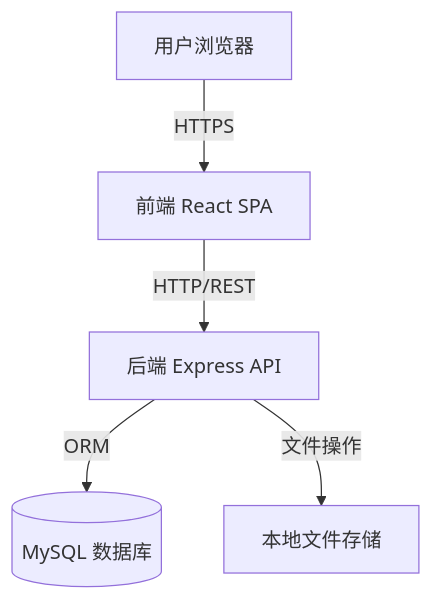
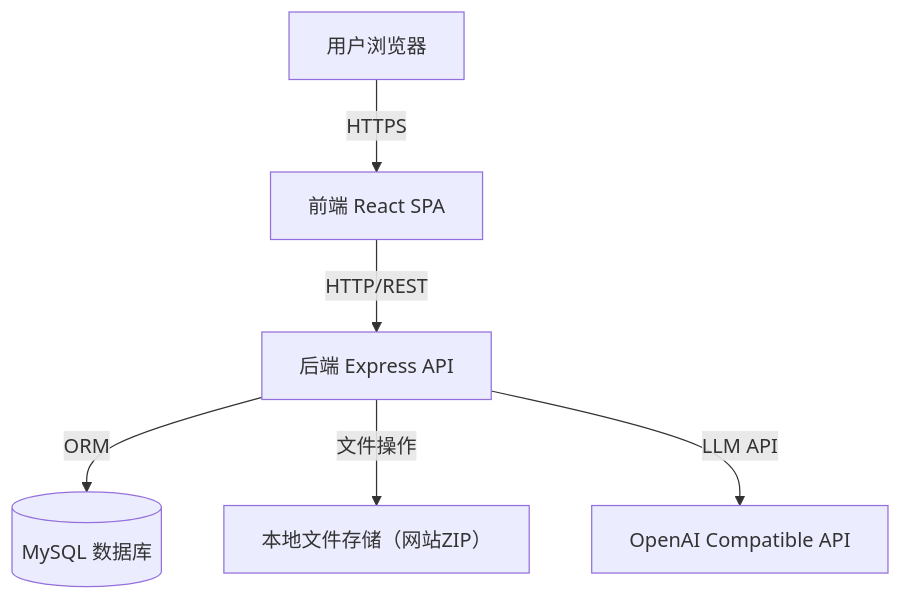
One commit to a48zhang/web-learn changed the first of 3 diagrams in docs/spec/architecture.md. Above: the diagram before and after it, drawn with Mermaid. The commit also changed other lines of this file and 21 other files, not shown here.

````diff
--- a/docs/spec/architecture.md
+++ b/docs/spec/architecture.md
@@ -9,7 +9,8 @@
 ```mermaid
 graph TD
     A[前端 React SPA] -->|HTTP/REST| B[后端 Express API]
     B -->|ORM| C[(MySQL 数据库)]
-    B -->|文件操作| D[本地文件存储]
+    B -->|文件操作| D[本地文件存储（网站ZIP）]
+    B -->|LLM API| F[OpenAI Compatible API]
     E[用户浏览器] -->|HTTPS| A
 ```
````
